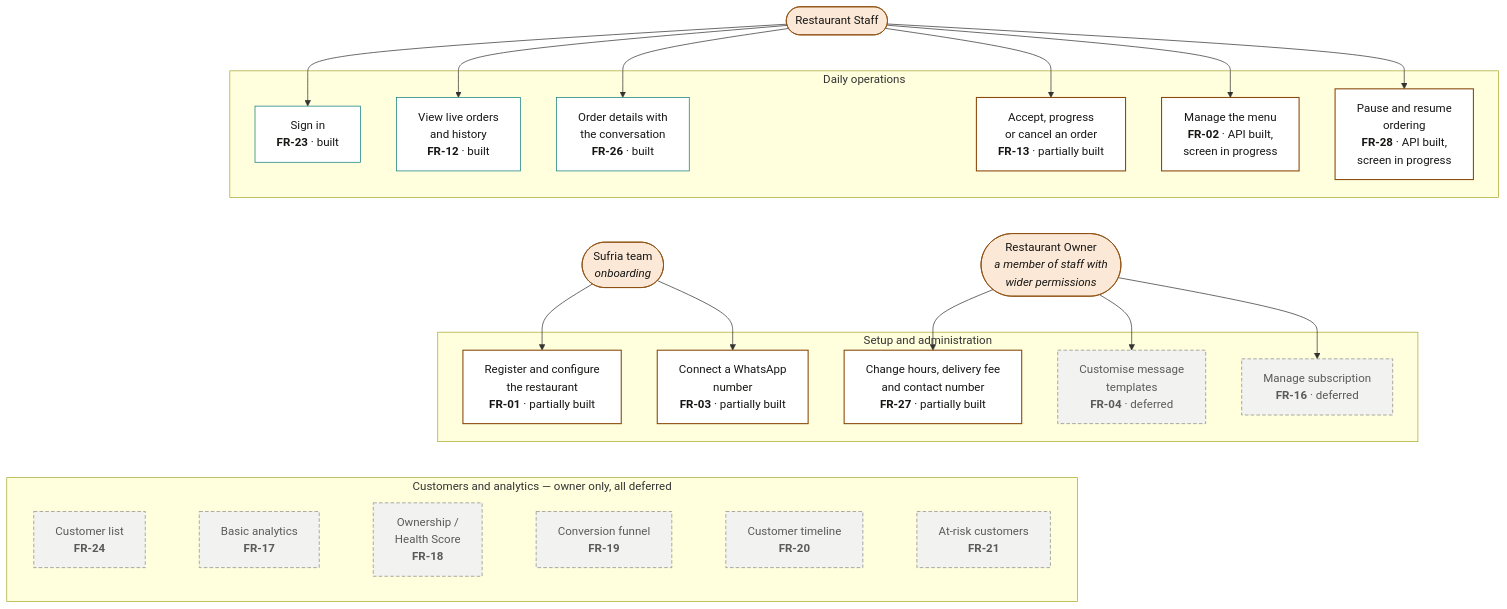
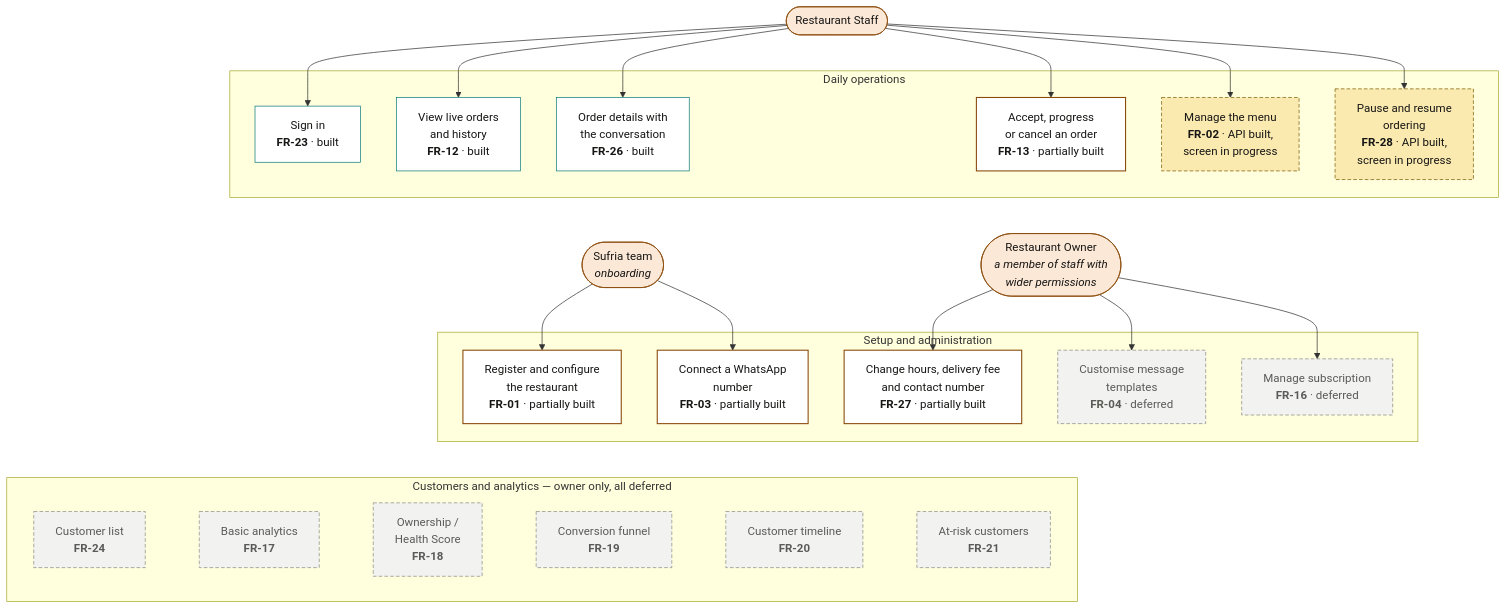
The diagram in docs/diagrams/03b-use-case-restaurant.mmd (mozz-labs/sufria), drawn with Mermaid before and after one commit. The commit also changed 9 other files, not shown here.

First line of the commit message:
docs(wip): Chapter 3 v1.2 — build script, stories and four diagrams as built

```diff
--- a/docs/diagrams/03b-use-case-restaurant.mmd
+++ b/docs/diagrams/03b-use-case-restaurant.mmd
@@ -1,54 +1,54 @@
 flowchart TB
     classDef actor fill:#FCE8D6,stroke:#8A4A0A,stroke-width:1px,color:#161615
     classDef uc fill:#FFFFFF,stroke:#0E7C7B,stroke-width:1px,color:#161615
     classDef part fill:#FFFFFF,stroke:#8A4A0A,stroke-width:1.5px,color:#161615
     classDef prog fill:#FBEAB0,stroke:#7A5C06,stroke-width:1px,stroke-dasharray:5 3,color:#161615
     classDef defer fill:#F2F2F0,stroke:#8A8A85,stroke-width:1px,stroke-dasharray:5 3,color:#5A5A57
 
     S(["Restaurant Staff"]):::actor
 
     subgraph OPS["Daily operations"]
         U23["Sign in<br/><b>FR-23</b> · built"]:::uc
         U12["View live orders<br/>and history<br/><b>FR-12</b> · built"]:::uc
         U26["Order details with<br/>the conversation<br/><b>FR-26</b> · built"]:::uc
         U13["Accept, progress<br/>or cancel an order<br/><b>FR-13</b> · partially built"]:::part
-        U2["Manage the menu<br/><b>FR-02</b> · API built,<br/>screen in progress"]:::part
-        U28["Pause and resume<br/>ordering<br/><b>FR-28</b> · API built,<br/>screen in progress"]:::part
+        U2["Manage the menu<br/><b>FR-02</b> · API built,<br/>screen in progress"]:::prog
+        U28["Pause and resume<br/>ordering<br/><b>FR-28</b> · API built,<br/>screen in progress"]:::prog
     end
 
     O(["Restaurant Owner<br/><i>a member of staff with<br/>wider permissions</i>"]):::actor
     T(["Sufria team<br/><i>onboarding</i>"]):::actor
 
     subgraph SETUP["Setup and administration"]
         U1["Register and configure<br/>the restaurant<br/><b>FR-01</b> · partially built"]:::part
         U3["Connect a WhatsApp<br/>number<br/><b>FR-03</b> · partially built"]:::part
         U27["Change hours, delivery fee<br/>and contact number<br/><b>FR-27</b> · partially built"]:::part
         U4["Customise message<br/>templates<br/><b>FR-04</b> · deferred"]:::defer
         U16["Manage subscription<br/><b>FR-16</b> · deferred"]:::defer
     end
 
     subgraph ANALYTICS["Customers and analytics — owner only, all deferred"]
         direction LR
         U24["Customer list<br/><b>FR-24</b>"]:::defer
         U17["Basic analytics<br/><b>FR-17</b>"]:::defer
         U18["Ownership /<br/>Health Score<br/><b>FR-18</b>"]:::defer
         U19["Conversion funnel<br/><b>FR-19</b>"]:::defer
         U20["Customer timeline<br/><b>FR-20</b>"]:::defer
         U21["At-risk customers<br/><b>FR-21</b>"]:::defer
         U24 ~~~ U17 ~~~ U18 ~~~ U19 ~~~ U20 ~~~ U21
     end
 
     S --> U23
     S --> U12
     S --> U26
     S --> U13
     S --> U2
     S --> U28
     U13 ~~~ O
     U26 ~~~ T
     T --> U1
     T --> U3
     O --> U27
     O --> U4
     O --> U16
     SETUP ~~~ ANALYTICS
```
